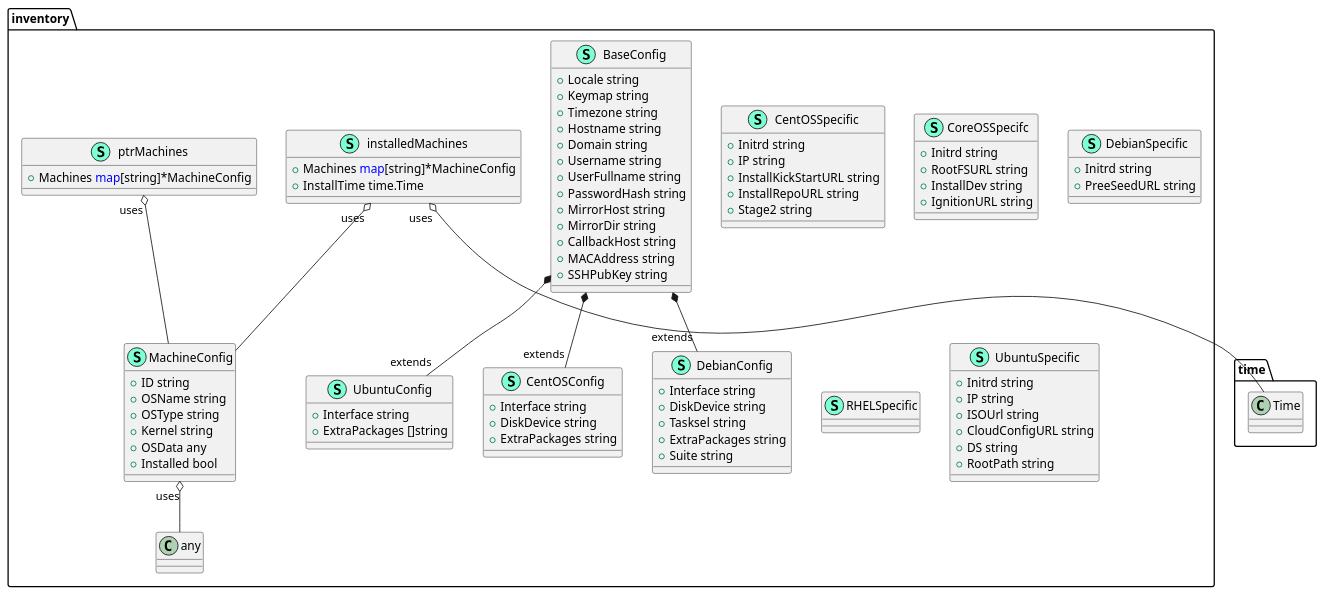
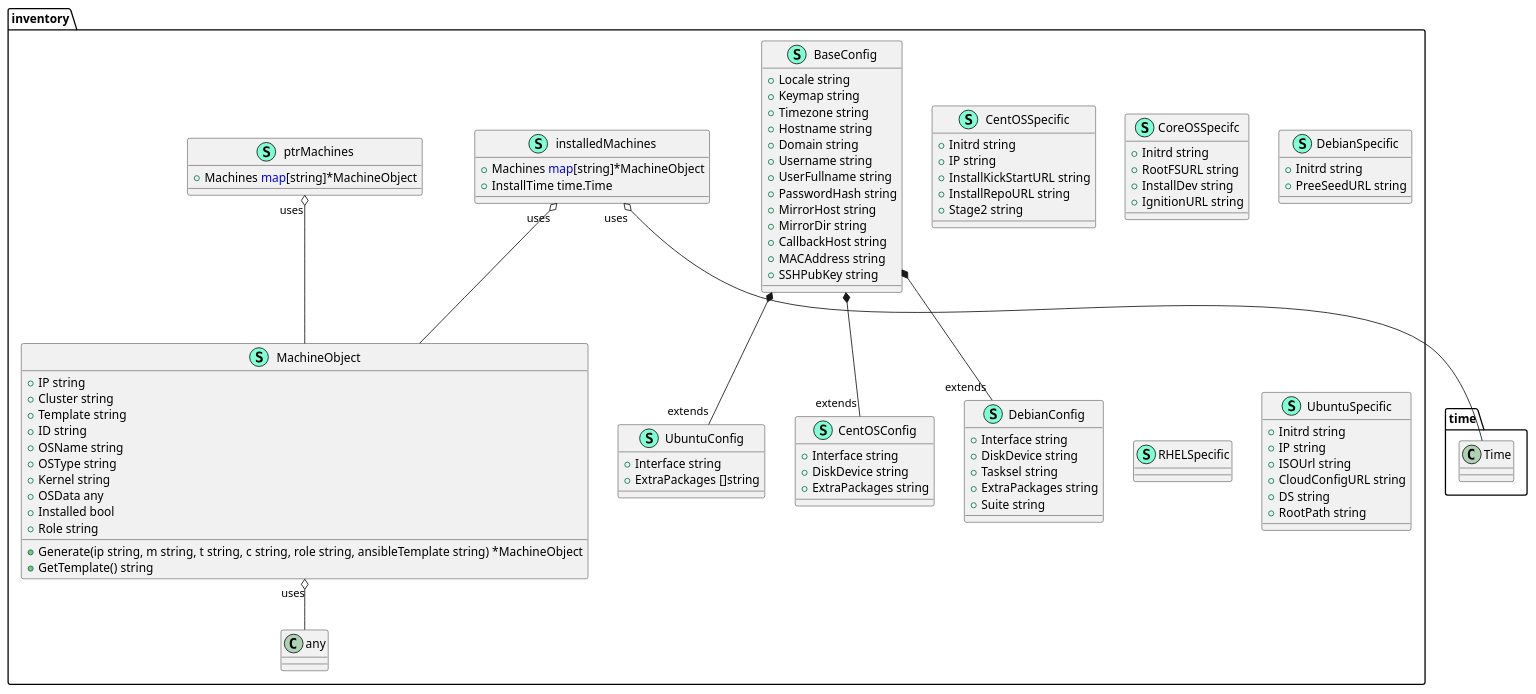
One commit to motangpuar/o2-ims-worker changed the diagram in docs/puml/inventory.puml. Above: the diagram before and after it, drawn with PlantUML. The commit also changed 17 other files, not shown here.

```diff
--- a/docs/puml/inventory.puml
+++ b/docs/puml/inventory.puml
@@ -1,100 +1,107 @@
 @startuml
 top to bottom direction
 namespace inventory {
     class "BaseConfig" << (S,Aquamarine) >> {
         + Locale string
         + Keymap string
         + Timezone string
         + Hostname string
         + Domain string
         + Username string
         + UserFullname string
         + PasswordHash string
         + MirrorHost string
         + MirrorDir string
         + CallbackHost string
         + MACAddress string
         + SSHPubKey string
 
     }
     class "CentOSConfig" << (S,Aquamarine) >> {
         + Interface string
         + DiskDevice string
         + ExtraPackages string
 
     }
     class "CentOSSpecific" << (S,Aquamarine) >> {
         + Initrd string
         + IP string
         + InstallKickStartURL string
         + InstallRepoURL string
         + Stage2 string
 
     }
     class "CoreOSSpecifc" << (S,Aquamarine) >> {
         + Initrd string
         + RootFSURL string
         + InstallDev string
         + IgnitionURL string
 
     }
     class "DebianConfig" << (S,Aquamarine) >> {
         + Interface string
         + DiskDevice string
         + Tasksel string
         + ExtraPackages string
         + Suite string
 
     }
     class "DebianSpecific" << (S,Aquamarine) >> {
         + Initrd string
         + PreeSeedURL string
 
     }
-    class "MachineConfig" << (S,Aquamarine) >> {
+    class "MachineObject" << (S,Aquamarine) >> {
+        + IP string
+        + Cluster string
+        + Template string
         + ID string
         + OSName string
         + OSType string
         + Kernel string
         + OSData any
         + Installed bool
+        + Role string
+
+        + Generate(ip string, m string, t string, c string, role string, ansibleTemplate string) *MachineObject
+        + GetTemplate() string
 
     }
     class "RHELSpecific" << (S,Aquamarine) >> {
     }
     class "UbuntuConfig" << (S,Aquamarine) >> {
         + Interface string
         + ExtraPackages []string
 
     }
     class "UbuntuSpecific" << (S,Aquamarine) >> {
         + Initrd string
         + IP string
         + ISOUrl string
         + CloudConfigURL string
         + DS string
         + RootPath string
 
     }
     class "installedMachines" << (S,Aquamarine) >> {
-        + Machines <font color=blue>map</font>[string]*MachineConfig
+        + Machines <font color=blue>map</font>[string]*MachineObject
         + InstallTime time.Time
 
     }
     class "ptrMachines" << (S,Aquamarine) >> {
-        + Machines <font color=blue>map</font>[string]*MachineConfig
+        + Machines <font color=blue>map</font>[string]*MachineObject
 
     }
 }
 "inventory.BaseConfig" *-- "extends""inventory.CentOSConfig"
 "inventory.BaseConfig" *-- "extends""inventory.DebianConfig"
 "inventory.BaseConfig" *-- "extends""inventory.UbuntuConfig"
 
 
-"inventory.MachineConfig""uses" o-- "inventory.any"
-"inventory.installedMachines""uses" o-- "inventory.MachineConfig"
+"inventory.MachineObject""uses" o-- "inventory.any"
+"inventory.installedMachines""uses" o-- "inventory.MachineObject"
 "inventory.installedMachines""uses" o-- "time.Time"
-"inventory.ptrMachines""uses" o-- "inventory.MachineConfig"
+"inventory.ptrMachines""uses" o-- "inventory.MachineObject"
 
 
 @enduml
```
